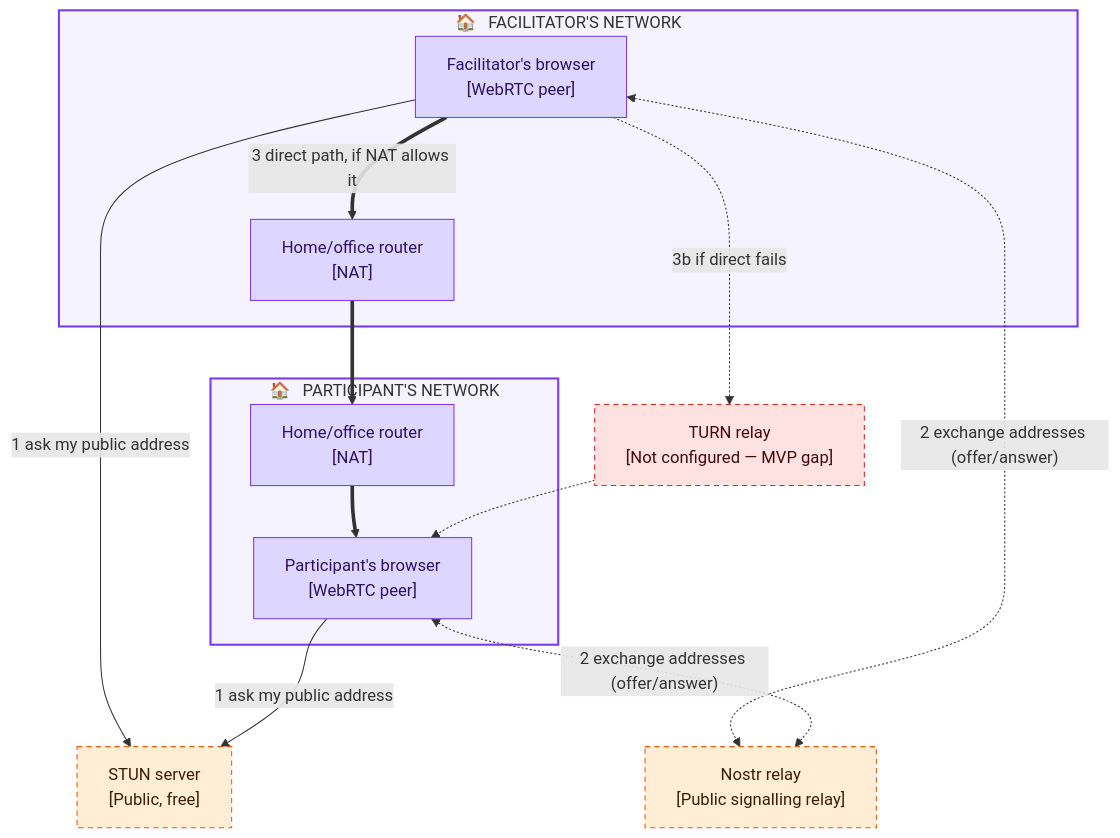
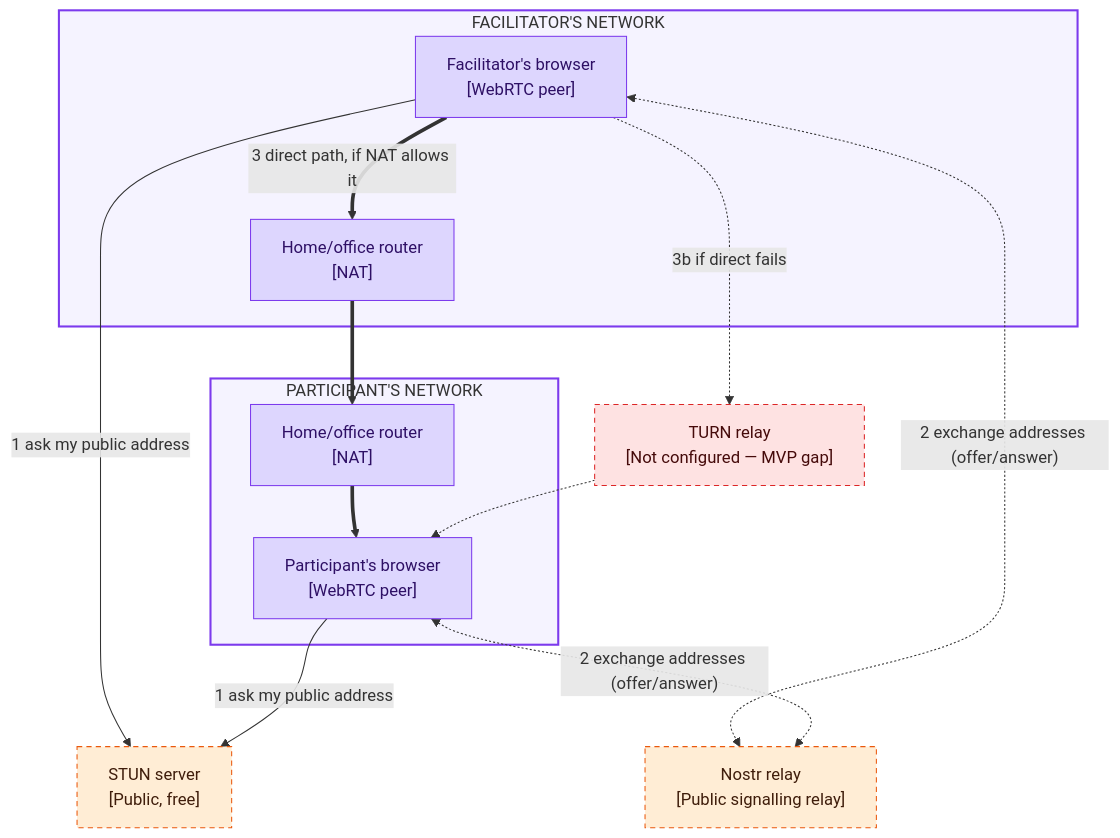
Before and after one commit to cfisch3r/estimate: the eighth of 8 diagrams in docs/concepts/collaboration-mode.md, drawn with Mermaid. The commit also changed other lines of this file and 181 other files, not shown here.

Commit message:
refactor: apply architecture review findings (#147)

````diff
--- a/docs/concepts/collaboration-mode.md
+++ b/docs/concepts/collaboration-mode.md
@@ -339,36 +342,36 @@
 ```mermaid
 flowchart TD
-  subgraph facnet["🏠 &nbsp; FACILITATOR'S NETWORK"]
+  subgraph facnet["FACILITATOR'S NETWORK"]
     FB["Facilitator's browser<br/>[WebRTC peer]"]
     FNAT["Home/office router<br/>[NAT]"]
   end
-  subgraph parnet["🏠 &nbsp; PARTICIPANT'S NETWORK"]
+  subgraph parnet["PARTICIPANT'S NETWORK"]
     PNAT["Home/office router<br/>[NAT]"]
     PB["Participant's browser<br/>[WebRTC peer]"]
   end
 
   Sig["Nostr relay<br/>[Public signalling relay]"]
   Stun["STUN server<br/>[Public, free]"]
   Turn["TURN relay<br/>[Not configured — MVP gap]"]
 
   FB -->|"1 ask my public address"| Stun
   PB -->|"1 ask my public address"| Stun
   FB <-.->|"2 exchange addresses (offer/answer)"| Sig
   PB <-.->|"2 exchange addresses (offer/answer)"| Sig
   FB ==>|"3 direct path, if NAT allows it"| FNAT
   FNAT ==> PNAT
   PNAT ==> PB
   FB -.->|"3b if direct fails"| Turn
   Turn -.-> PB
 
   classDef net fill:#DDD6FE,stroke:#7C3AED,color:#2E1065
   classDef ext fill:#FFEDD5,stroke:#EA580C,color:#3F1D0B,stroke-dasharray:5 4
   classDef gap fill:#FEE2E2,stroke:#DC2626,color:#450A0A,stroke-dasharray:5 4
 
   class FB,FNAT,PNAT,PB net
   class Sig,Stun ext
   class Turn gap
 
   style facnet fill:#F5F3FF,stroke:#7C3AED,stroke-width:2px
   style parnet fill:#F5F3FF,stroke:#7C3AED,stroke-width:2px
 ```
````
